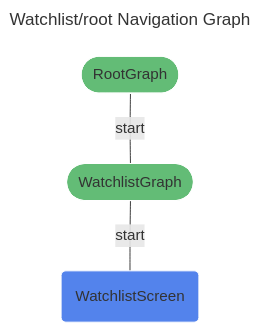
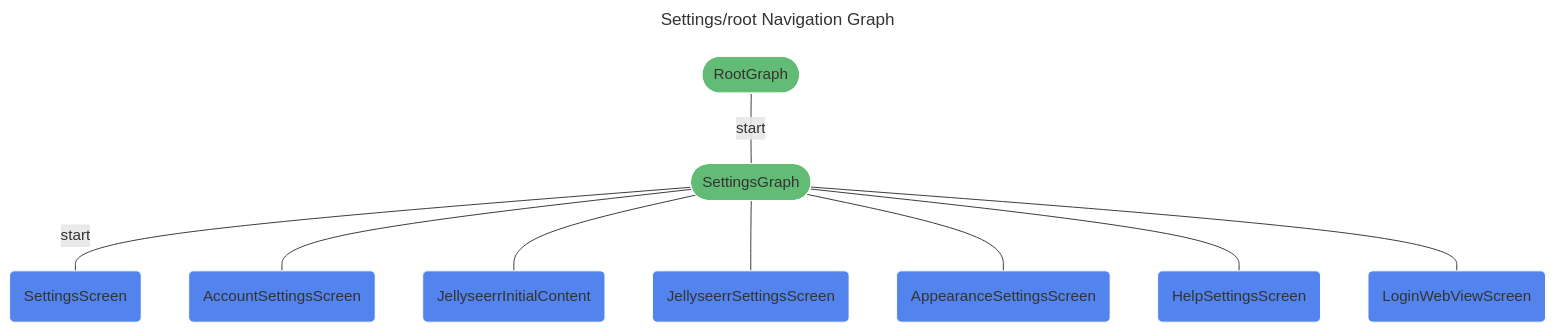
One commit to Divinelink/scenepeek-android changed the diagram in docs/RootNavGraph.mmd. Above: the diagram before and after it, drawn with Mermaid. The commit also changed 25 other files, not shown here.

Commit message:
feat: add shared element transition between jellyseerr settings

```diff
--- a/docs/RootNavGraph.mmd
+++ b/docs/RootNavGraph.mmd
@@ -1,13 +1,19 @@
 ---
-title: Watchlist/root Navigation Graph
+title: Settings/root Navigation Graph
 ---
 %%{init: {'theme':'base', 'themeVariables': { 'primaryTextColor': '#fff' }}%%
 graph TD
-watchlist/root(["RootGraph"]) -- "start" --- watchlist/watchlist(["WatchlistGraph"])
-watchlist/watchlist(["WatchlistGraph"]) -- "start" --- watchlist/watchlist_screen("WatchlistScreen")
+settings/root(["RootGraph"]) -- "start" --- settings/settings(["SettingsGraph"])
+settings/settings(["SettingsGraph"]) -- "start" --- settings/settings_screen("SettingsScreen")
+settings/settings(["SettingsGraph"]) --- settings/account_settings_screen("AccountSettingsScreen")
+settings/settings(["SettingsGraph"]) --- settings/jellyseerr_initial_content("JellyseerrInitialContent")
+settings/settings(["SettingsGraph"]) --- settings/jellyseerr_settings_screen("JellyseerrSettingsScreen")
+settings/settings(["SettingsGraph"]) --- settings/appearance_settings_screen("AppearanceSettingsScreen")
+settings/settings(["SettingsGraph"]) --- settings/help_settings_screen("HelpSettingsScreen")
+settings/settings(["SettingsGraph"]) --- settings/login_web_view_screen("LoginWebViewScreen")
 
 
 classDef destination fill:#5383EC,stroke:#ffffff;
-class watchlist/watchlist_screen destination;
+class settings/settings_screen,settings/account_settings_screen,settings/jellyseerr_initial_content,settings/jellyseerr_settings_screen,settings/appearance_settings_screen,settings/help_settings_screen,settings/login_web_view_screen destination;
 classDef navgraph fill:#63BC76,stroke:#ffffff;
-class watchlist/watchlist,watchlist/root,watchlist/watchlist navgraph;
+class settings/settings,settings/root,settings/settings navgraph;
```
